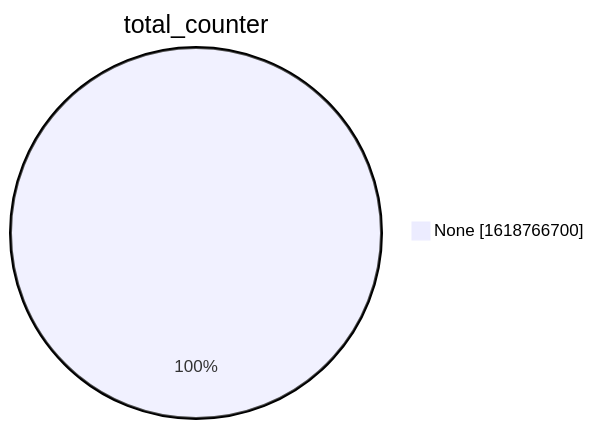
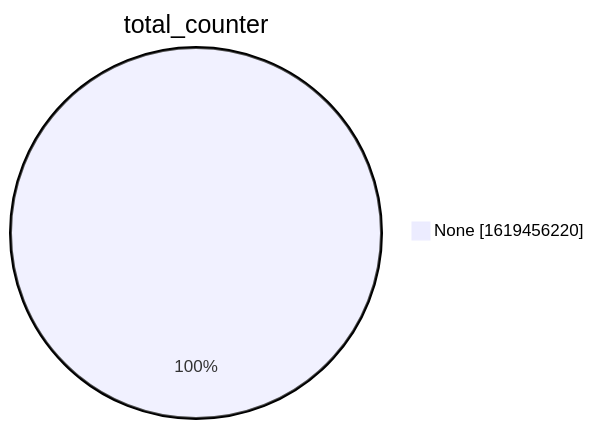
One commit to christiankrug/ctmonitor_visualization changed the second of 15 diagrams in xenon2022/README.md. Above: the diagram before and after it, drawn with Mermaid. The commit also changed other lines of this file, not shown here.

````diff
--- a/xenon2022/README.md
+++ b/xenon2022/README.md
@@ -9,5 +9,5 @@
 ```mermaid
 pie showData
 title total_counter
-"None" :1618766700
+"None" :1619456220
 ```
````
